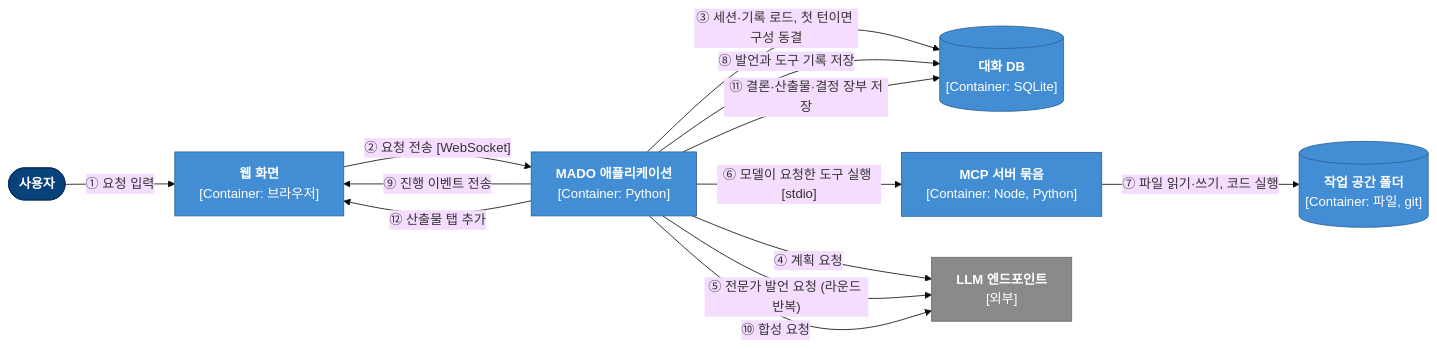
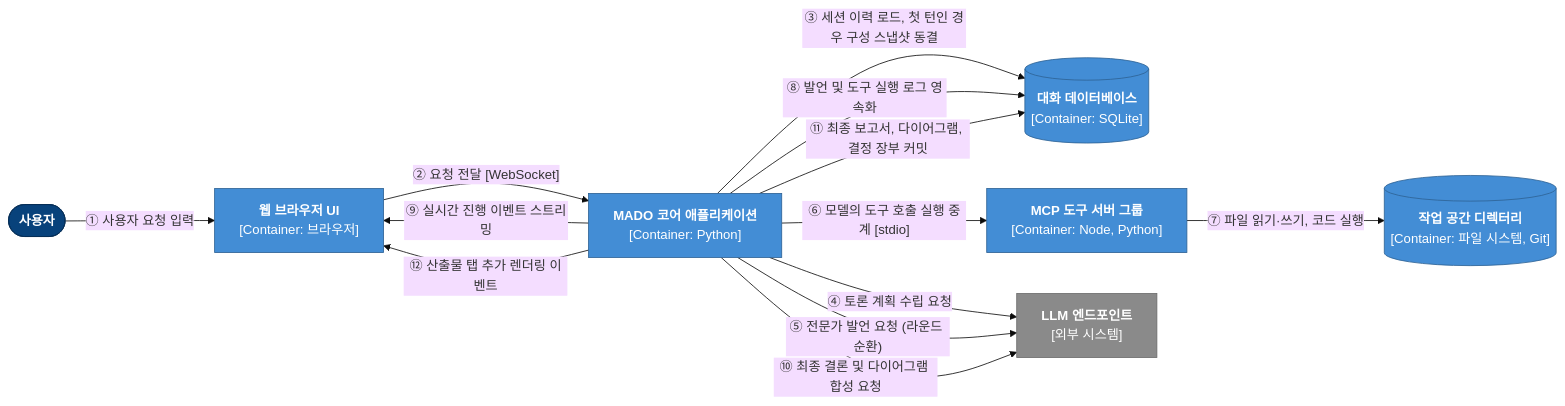
One commit to HaJaehee/MultiAgentDebateAndOrchestrationPlatform changed the second of 10 diagrams in lectures/03-architecture/02-dynamic-view.md. Above: the diagram before and after it, drawn with Mermaid (base theme). The commit also changed other lines of this file and 39 other files, not shown here.

````diff
--- a/lectures/03-architecture/02-dynamic-view.md
+++ b/lectures/03-architecture/02-dynamic-view.md
@@ -61,30 +45,30 @@
 ```mermaid
 flowchart LR
     user(["<b>사용자</b>"])
-    browser["<b>웹 화면</b><br/>[Container: 브라우저]"]
-    app["<b>MADO 애플리케이션</b><br/>[Container: Python]"]
-    db[("<b>대화 DB</b><br/>[Container: SQLite]")]
-    mcp["<b>MCP 서버 묶음</b><br/>[Container: Node, Python]"]
-    ws[("<b>작업 공간 폴더</b><br/>[Container: 파일, git]")]
-    llm["<b>LLM 엔드포인트</b><br/>[외부]"]
+    browser["<b>웹 브라우저 UI</b><br/>[Container: 브라우저]"]
+    app["<b>MADO 코어 애플리케이션</b><br/>[Container: Python]"]
+    db[("<b>대화 데이터베이스</b><br/>[Container: SQLite]")]
+    mcp["<b>MCP 도구 서버 그룹</b><br/>[Container: Node, Python]"]
+    ws[("<b>작업 공간 디렉터리</b><br/>[Container: 파일 시스템, Git]")]
+    llm["<b>LLM 엔드포인트</b><br/>[외부 시스템]"]
 
-    user -->|"① 요청 입력"| browser
-    browser -->|"② 요청 전송 [WebSocket]"| app
-    app -->|"③ 세션·기록 로드, 첫 턴이면 구성 동결"| db
-    app -->|"④ 계획 요청"| llm
-    app -->|"⑤ 전문가 발언 요청 (라운드 반복)"| llm
-    app -->|"⑥ 모델이 요청한 도구 실행 [stdio]"| mcp
+    user -->|"① 사용자 요청 입력"| browser
+    browser -->|"② 요청 전달 [WebSocket]"| app
+    app -->|"③ 세션 이력 로드, 첫 턴인 경우 구성 스냅샷 동결"| db
+    app -->|"④ 토론 계획 수립 요청"| llm
+    app -->|"⑤ 전문가 발언 요청 (라운드 순환)"| llm
+    app -->|"⑥ 모델의 도구 호출 실행 중계 [stdio]"| mcp
     mcp -->|"⑦ 파일 읽기·쓰기, 코드 실행"| ws
-    app -->|"⑧ 발언과 도구 기록 저장"| db
-    app -->|"⑨ 진행 이벤트 전송"| browser
-    app -->|"⑩ 합성 요청"| llm
-    app -->|"⑪ 결론·산출물·결정 장부 저장"| db
-    app -->|"⑫ 산출물 탭 추가"| browser
+    app -->|"⑧ 발언 및 도구 실행 로그 영속화"| db
+    app -->|"⑨ 실시간 진행 이벤트 스트리밍"| browser
+    app -->|"⑩ 최종 결론 및 다이어그램 합성 요청"| llm
+    app -->|"⑪ 최종 보고서, 다이어그램, 결정 장부 커밋"| db
+    app -->|"⑫ 산출물 탭 추가 렌더링 이벤트"| browser
 
     classDef person fill:#08427b,stroke:#052e56,color:#ffffff
     classDef container fill:#438dd5,stroke:#2e6295,color:#ffffff
     classDef external fill:#8a8a8a,stroke:#6b6b6b,color:#ffffff
     class user person
     class browser,app,db,mcp,ws container
     class llm external
 ```
````
